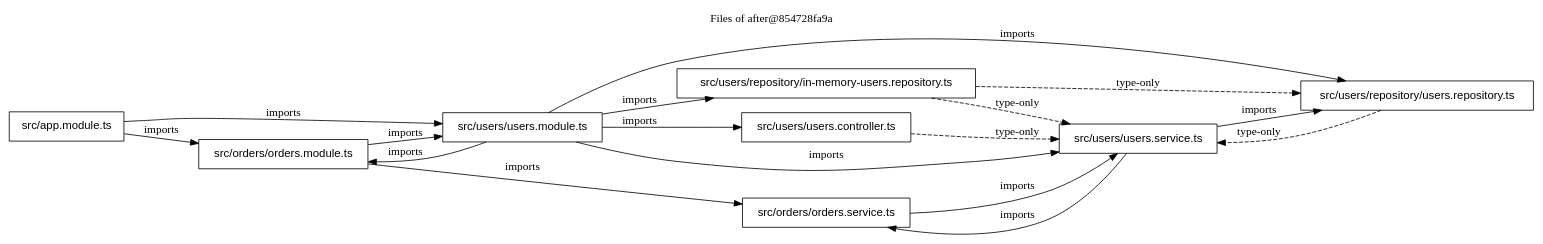
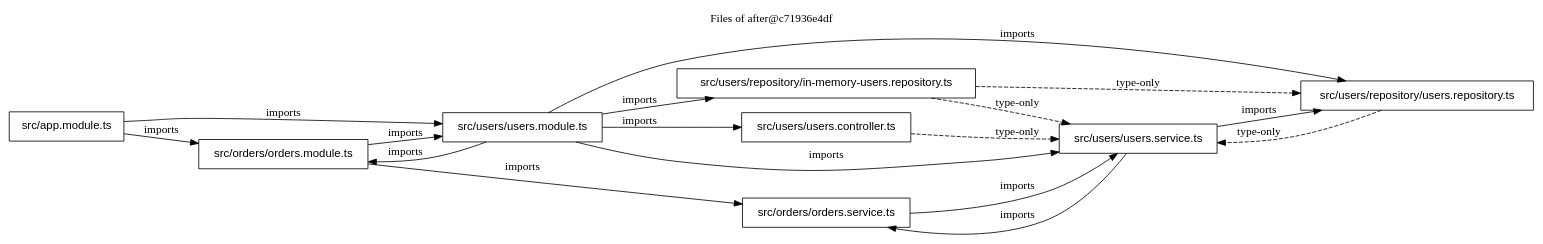
One commit to FullFran/archsieve changed the diagram in examples/nest-shop/files-after.dot. Above: the diagram before and after it, drawn with Graphviz. The commit also changed 26 other files, not shown here.

```diff
--- a/examples/nest-shop/files-after.dot
+++ b/examples/nest-shop/files-after.dot
@@ -1,29 +1,29 @@
 digraph archsieve {
   rankdir=LR;
   node [shape=box, fontname="Helvetica"];
-  label="Files of after@854728fa9a"; labelloc=t;
+  label="Files of after@c71936e4df"; labelloc=t;
   "src/app.module.ts" [label="src/app.module.ts"];
   "src/orders/orders.module.ts" [label="src/orders/orders.module.ts"];
   "src/orders/orders.service.ts" [label="src/orders/orders.service.ts"];
   "src/users/repository/in-memory-users.repository.ts" [label="src/users/repository/in-memory-users.repository.ts"];
   "src/users/repository/users.repository.ts" [label="src/users/repository/users.repository.ts"];
   "src/users/users.controller.ts" [label="src/users/users.controller.ts"];
   "src/users/users.module.ts" [label="src/users/users.module.ts"];
   "src/users/users.service.ts" [label="src/users/users.service.ts"];
   "src/app.module.ts" -> "src/orders/orders.module.ts" [label="imports"];
   "src/app.module.ts" -> "src/users/users.module.ts" [label="imports"];
   "src/orders/orders.module.ts" -> "src/orders/orders.service.ts" [label="imports"];
   "src/orders/orders.module.ts" -> "src/users/users.module.ts" [label="imports"];
   "src/orders/orders.service.ts" -> "src/users/users.service.ts" [label="imports"];
   "src/users/repository/in-memory-users.repository.ts" -> "src/users/repository/users.repository.ts" [style=dashed, label="type-only"];
   "src/users/repository/in-memory-users.repository.ts" -> "src/users/users.service.ts" [style=dashed, label="type-only"];
   "src/users/repository/users.repository.ts" -> "src/users/users.service.ts" [style=dashed, label="type-only"];
   "src/users/users.controller.ts" -> "src/users/users.service.ts" [style=dashed, label="type-only"];
   "src/users/users.module.ts" -> "src/orders/orders.module.ts" [label="imports"];
   "src/users/users.module.ts" -> "src/users/repository/in-memory-users.repository.ts" [label="imports"];
   "src/users/users.module.ts" -> "src/users/repository/users.repository.ts" [label="imports"];
   "src/users/users.module.ts" -> "src/users/users.controller.ts" [label="imports"];
   "src/users/users.module.ts" -> "src/users/users.service.ts" [label="imports"];
   "src/users/users.service.ts" -> "src/orders/orders.service.ts" [label="imports"];
   "src/users/users.service.ts" -> "src/users/repository/users.repository.ts" [label="imports"];
 }
```
